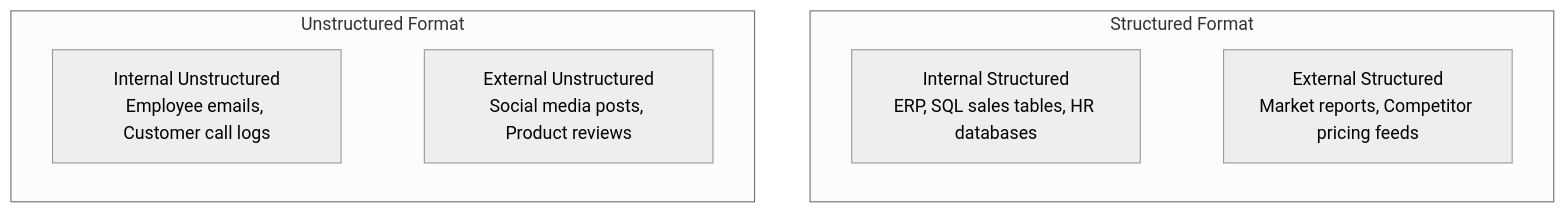
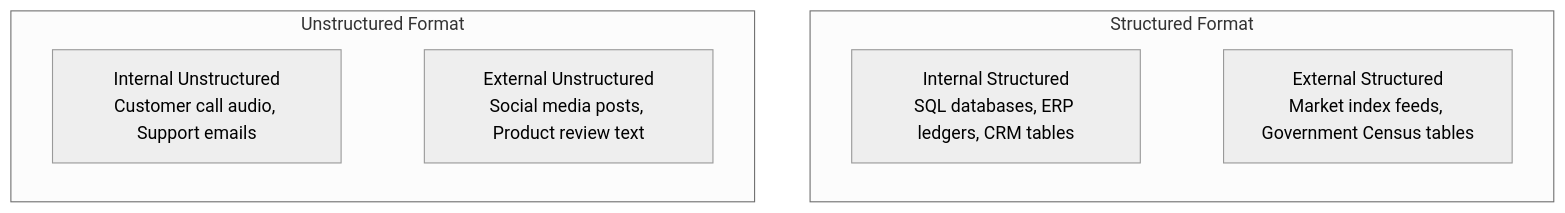
One commit to DeepLumiere/DeepSkills changed the third of 7 diagrams in notes/data_analysis/Chapter7_Introduction_to_Business_Data.md. Above: the diagram before and after it, drawn with Mermaid (neutral theme). The commit also changed other lines of this file and 8 other files, not shown here.

````diff
--- a/notes/data_analysis/Chapter7_Introduction_to_Business_Data.md
+++ b/notes/data_analysis/Chapter7_Introduction_to_Business_Data.md
@@ -163,13 +131,13 @@
 ```mermaid
 flowchart TD
     subgraph Structured Format
-        Q2["Internal Structured<br/>ERP, SQL sales tables, HR databases"]
-        Q1["External Structured<br/>Market reports, Competitor pricing feeds"]
+        Q2["Internal Structured<br/>SQL databases, ERP ledgers, CRM tables"]
+        Q1["External Structured<br/>Market index feeds, Government Census tables"]
     end
     subgraph Unstructured Format
-        Q3["Internal Unstructured<br/>Employee emails, Customer call logs"]
-        Q4["External Unstructured<br/>Social media posts, Product reviews"]
+        Q3["Internal Unstructured<br/>Customer call audio, Support emails"]
+        Q4["External Unstructured<br/>Social media posts, Product review text"]
     end
     Q2 ~~~ Q1
     Q3 ~~~ Q4
 ```
````
